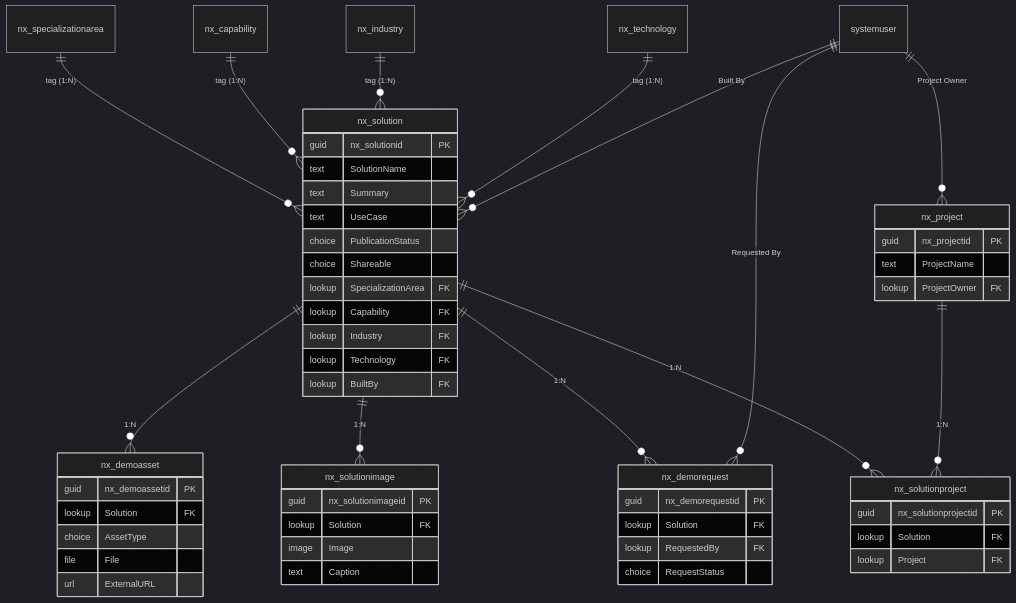
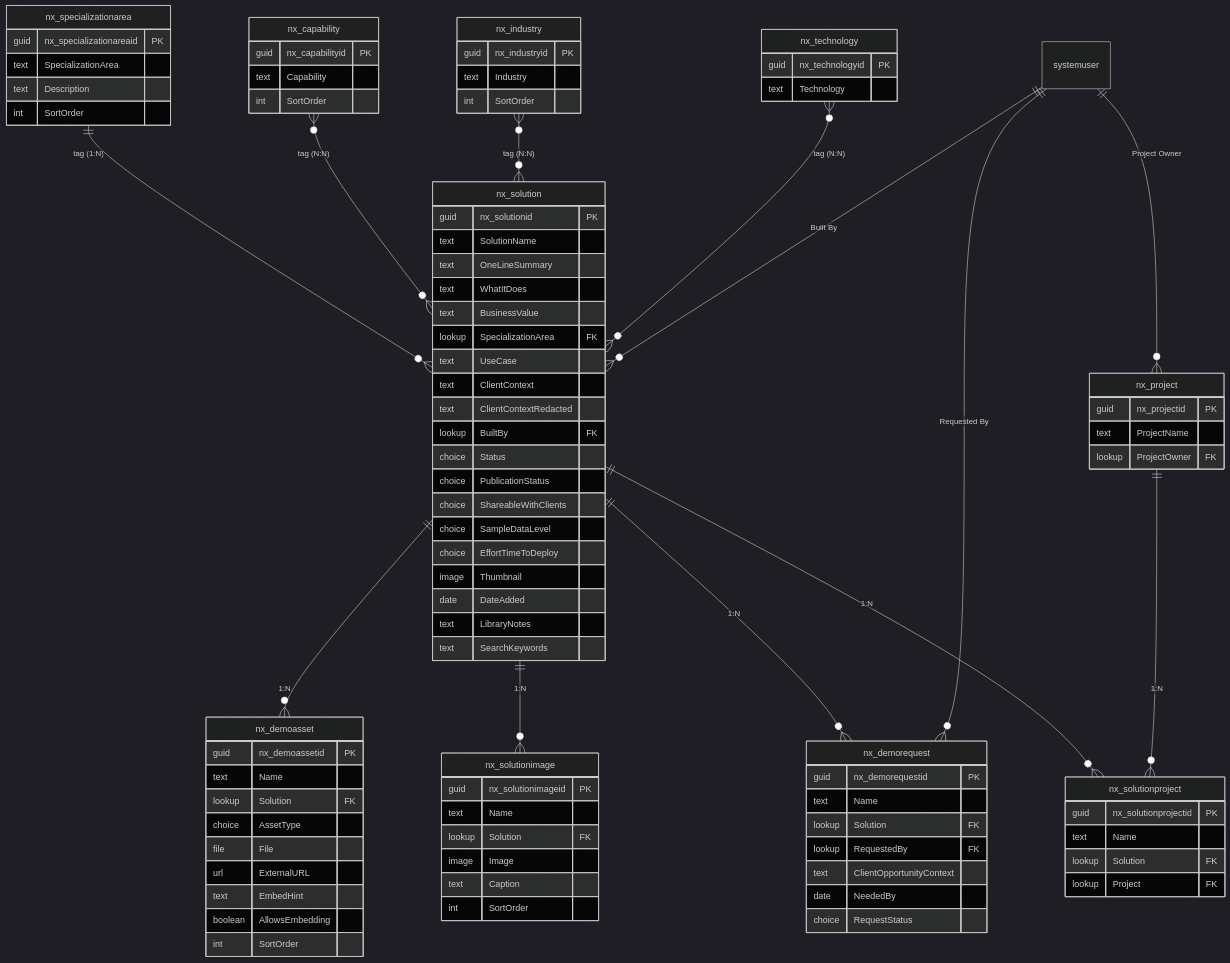
The first of 3 diagrams in docs/data_model/SchemaV2.md (lpreciado-nextant/PRISMA), drawn with Mermaid (dark theme) before and after one commit. The commit also changed other lines of this file and 5 other files, not shown here.

Commit message:
Update documentation to reflect changes in Dataverse schema (v2), including renaming schema files and updating references to the new model.

````diff
--- a/docs/data_model/SchemaV2.md
+++ b/docs/data_model/SchemaV2.md
@@ -18,9 +20,9 @@
 ```mermaid
 erDiagram
     nx_specializationarea ||--o{ nx_solution : "tag (1:N)"
-    nx_capability ||--o{ nx_solution : "tag (1:N)"
-    nx_industry ||--o{ nx_solution : "tag (1:N)"
-    nx_technology ||--o{ nx_solution : "tag (1:N)"
+    nx_capability }o--o{ nx_solution : "tag (N:N)"
+    nx_industry }o--o{ nx_solution : "tag (N:N)"
+    nx_technology }o--o{ nx_solution : "tag (N:N)"
     nx_solution ||--o{ nx_demoasset : "1:N"
     nx_solution ||--o{ nx_solutionimage : "1:N"
     nx_solution ||--o{ nx_demorequest : "1:N"
@@ -33,33 +35,70 @@
     nx_solution {
         guid nx_solutionid PK
         text SolutionName
-        text Summary
+        text OneLineSummary
+        text WhatItDoes
+        text BusinessValue
+        lookup SpecializationArea FK
         text UseCase
+        text ClientContext
+        text ClientContextRedacted
+        lookup BuiltBy FK
+        choice Status
         choice PublicationStatus
-        choice Shareable
-        lookup SpecializationArea FK
-        lookup Capability FK
-        lookup Industry FK
-        lookup Technology FK
-        lookup BuiltBy FK
+        choice ShareableWithClients
+        choice SampleDataLevel
+        choice EffortTimeToDeploy
+        image Thumbnail
+        date DateAdded
+        text LibraryNotes
+        text SearchKeywords
+    }
+    nx_specializationarea {
+        guid nx_specializationareaid PK
+        text SpecializationArea
+        text Description
+        int SortOrder
+    }
+    nx_capability {
+        guid nx_capabilityid PK
+        text Capability
+        int SortOrder
+    }
+    nx_industry {
+        guid nx_industryid PK
+        text Industry
+        int SortOrder
+    }
+    nx_technology {
+        guid nx_technologyid PK
+        text Technology
     }
     nx_demoasset {
         guid nx_demoassetid PK
+        text Name
         lookup Solution FK
         choice AssetType
         file File
         url ExternalURL
+        text EmbedHint
+        boolean AllowsEmbedding
+        int SortOrder
     }
     nx_solutionimage {
         guid nx_solutionimageid PK
+        text Name
         lookup Solution FK
         image Image
         text Caption
+        int SortOrder
     }
     nx_demorequest {
         guid nx_demorequestid PK
+        text Name
         lookup Solution FK
         lookup RequestedBy FK
+        text ClientOpportunityContext
+        date NeededBy
         choice RequestStatus
     }
     nx_project {
@@ -69,6 +108,7 @@
     }
     nx_solutionproject {
         guid nx_solutionprojectid PK
+        text Name
         lookup Solution FK
         lookup Project FK
     }
````
